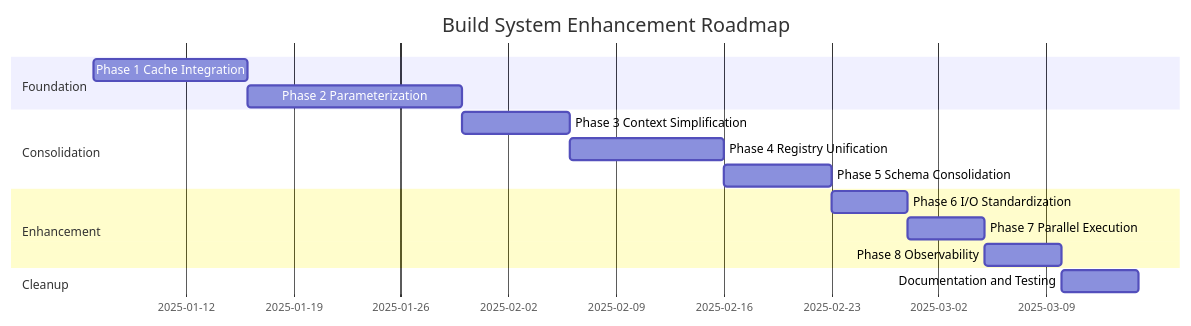
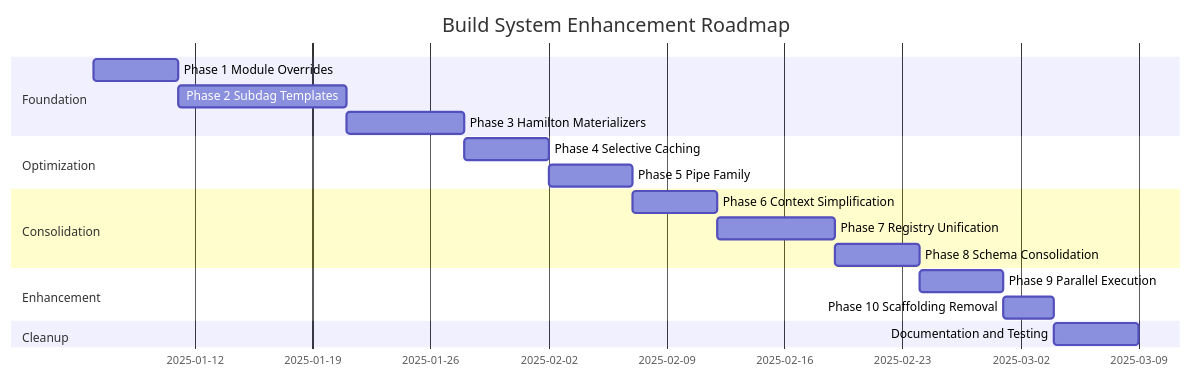
The fourth of 4 diagrams in docs/cleanup_post_hamilton_integration/BUILD_CONSOLIDATION_AND_ENHANCEMENT_PLAN.md (paul-heyse/CodeIntel), drawn with Mermaid before and after one commit. The commit also changed other lines of this file and 82 other files, not shown here.

````diff
--- a/docs/cleanup_post_hamilton_integration/BUILD_CONSOLIDATION_AND_ENHANCEMENT_PLAN.md
+++ b/docs/cleanup_post_hamilton_integration/BUILD_CONSOLIDATION_AND_ENHANCEMENT_PLAN.md
@@ -1548,18 +1205,21 @@
 ```mermaid
 gantt
     title Build System Enhancement Roadmap
     dateFormat  YYYY-MM-DD
     section Foundation
-    Phase 1 Cache Integration    :p1, 2025-01-06, 10d
-    Phase 2 Parameterization     :p2, after p1, 14d
+    Phase 1 Module Overrides    :p1, 2025-01-06, 5d
+    Phase 2 Subdag Templates    :p2, after p1, 10d
+    Phase 3 Hamilton Materializers :p3, after p2, 7d
+    section Optimization
+    Phase 4 Selective Caching   :p4, after p3, 5d
+    Phase 5 Pipe Family         :p5, after p4, 5d
     section Consolidation
-    Phase 3 Context Simplification :p3, after p2, 7d
-    Phase 4 Registry Unification   :p4, after p3, 10d
-    Phase 5 Schema Consolidation   :p5, after p4, 7d
+    Phase 6 Context Simplification :p6, after p5, 5d
+    Phase 7 Registry Unification   :p7, after p6, 7d
+    Phase 8 Schema Consolidation   :p8, after p7, 5d
     section Enhancement
-    Phase 6 I/O Standardization    :p6, after p5, 5d
-    Phase 7 Parallel Execution     :p7, after p6, 5d
-    Phase 8 Observability          :p8, after p7, 5d
+    Phase 9 Parallel Execution     :p9, after p8, 5d
+    Phase 10 Scaffolding Removal   :p10, after p9, 3d
     section Cleanup
-    Documentation and Testing      :p9, after p8, 5d
+    Documentation and Testing      :p11, after p10, 5d
 ```
````
